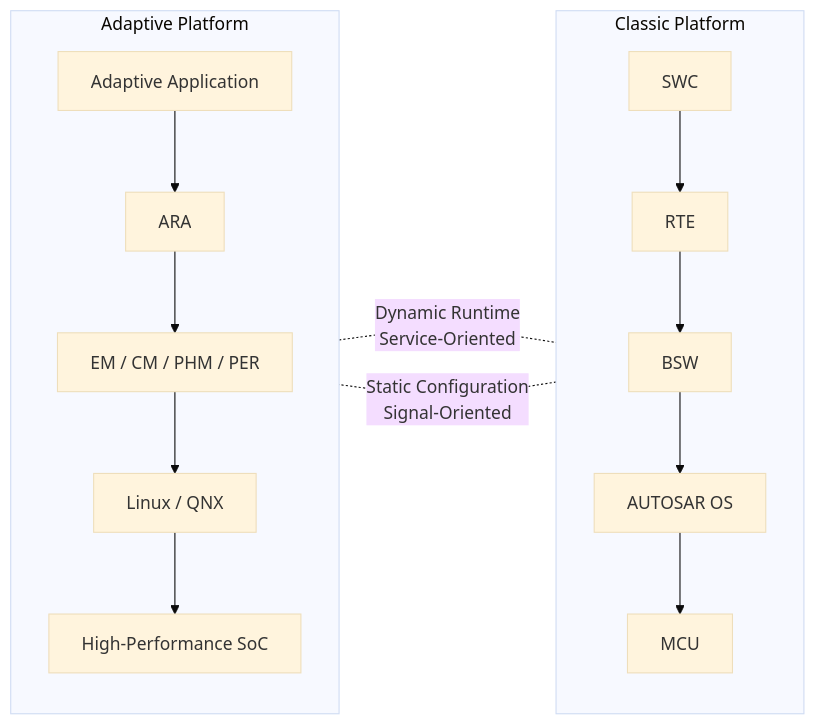
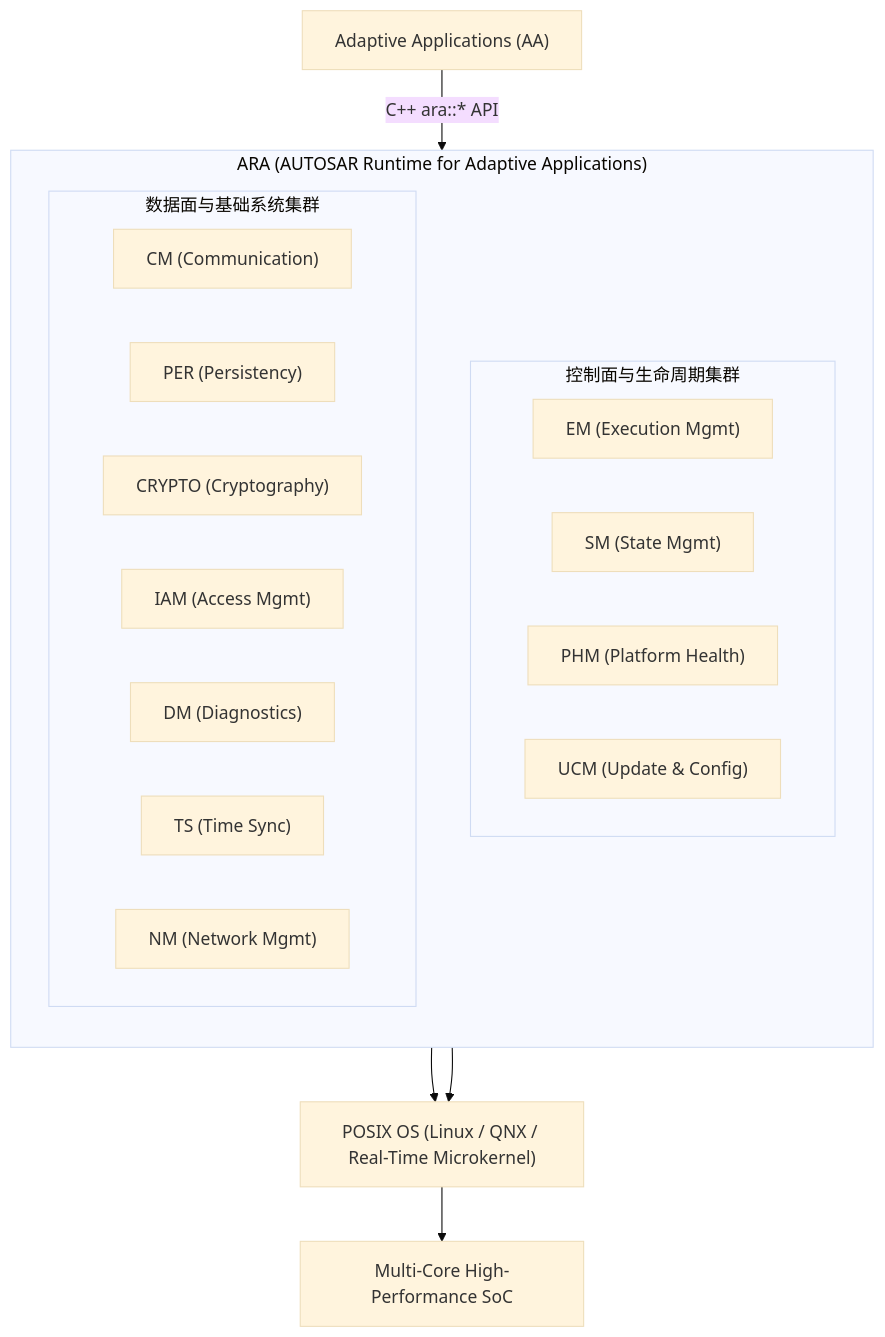
Before and after one commit to leehyon/garden: the second of 8 diagrams in content/autosar/autosar-adaptive.md, drawn with Mermaid (base theme). The commit also changed other lines of this file, not shown here.

Commit message:
refactor: revise AUTOSAR Adaptive documentation

````diff
--- a/content/autosar/autosar-adaptive.md
+++ b/content/autosar/autosar-adaptive.md
@@ -104,26 +56,32 @@
 ```mermaid
-flowchart LR
+flowchart TB
+    AA["Adaptive Applications (AA)"]
+    
+    subgraph ARA["ARA (AUTOSAR Runtime for Adaptive Applications)"]
+        direction TB
+        subgraph ControlPlane["控制面与生命周期集群"]
+            EM["EM (Execution Mgmt)"]
+            SM["SM (State Mgmt)"]
+            PHM["PHM (Platform Health)"]
+            UCM["UCM (Update & Config)"]
+        end
 
-    subgraph CP["Classic Platform"]
-        A1["SWC"]
-        A2["RTE"]
-        A3["BSW"]
-        A4["AUTOSAR OS"]
-        A5["MCU"]
-
-        A1 --> A2 --> A3 --> A4 --> A5
+        subgraph ServicePlane["数据面与基础系统集群"]
+            CM["CM (Communication)"]
+            PER["PER (Persistency)"]
+            CRYPTO["CRYPTO (Cryptography)"]
+            IAM["IAM (Access Mgmt)"]
+            DM["DM (Diagnostics)"]
+            TS["TS (Time Sync)"]
+            NM["NM (Network Mgmt)"]
+        end
     end
 
-    subgraph AP["Adaptive Platform"]
-        B1["Adaptive Application"]
-        B2["ARA"]
-        B3["EM / CM / PHM / PER"]
-        B4["Linux / QNX"]
-        B5["High-Performance SoC"]
+    OS["POSIX OS (Linux / QNX / Real-Time Microkernel)"]
+    HW["Multi-Core High-Performance SoC"]
 
-        B1 --> B2 --> B3 --> B4 --> B5
-    end
-
-    CP -. "Static Configuration\nSignal-Oriented" .- AP
-    AP -. "Dynamic Runtime\nService-Oriented" .- CP
+    AA -->|C++ ara::* API| ARA
+    ControlPlane --> OS
+    ServicePlane --> OS
+    OS --> HW
 ```
````
